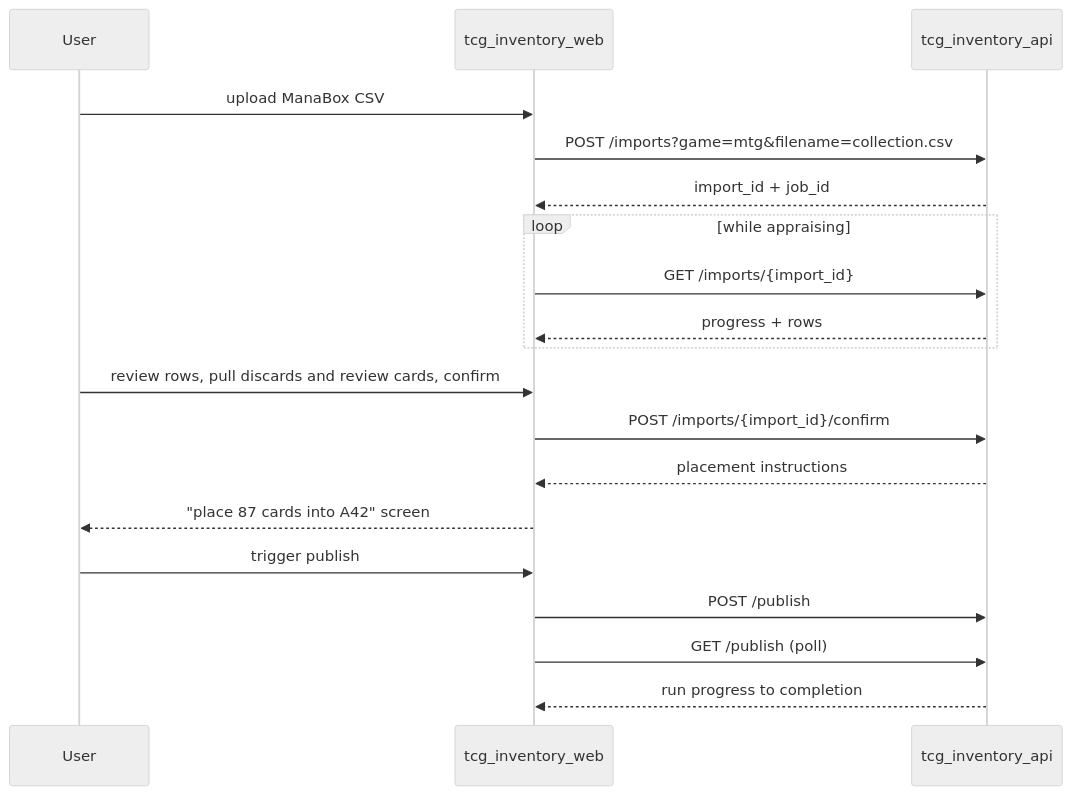
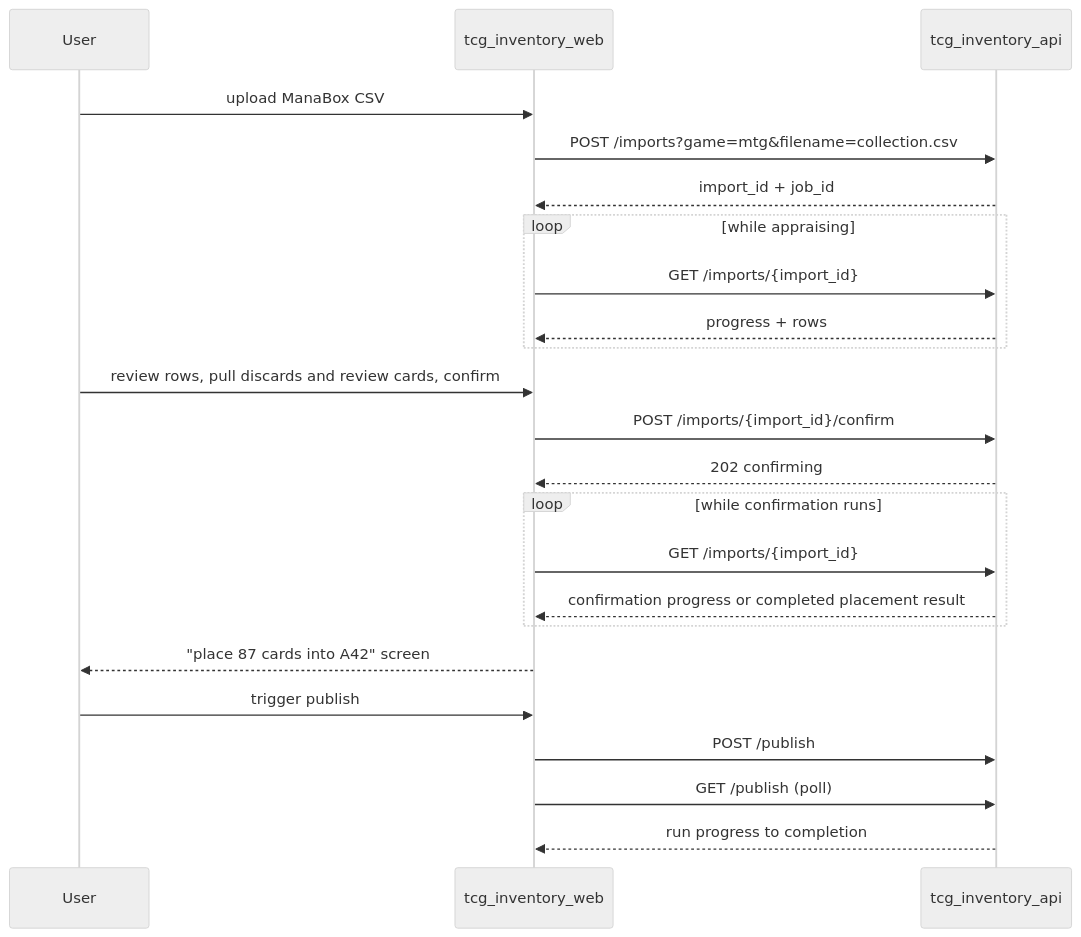
The second of 3 diagrams in tcg_inventory_web/README.md (jordansimsmith/jordansimsmith-com), drawn with Mermaid (neutral theme) before and after one commit. The commit also changed other lines of this file and 42 other files, not shown here.

````diff
--- a/tcg_inventory_web/README.md
+++ b/tcg_inventory_web/README.md
@@ -73,22 +73,26 @@
 ```mermaid
 sequenceDiagram
   participant user as User
   participant web as tcg_inventory_web
   participant api as tcg_inventory_api
 
   user->>web: upload ManaBox CSV
   web->>api: POST /imports?game=mtg&filename=collection.csv
   api-->>web: import_id + job_id
   loop while appraising
     web->>api: GET /imports/{import_id}
     api-->>web: progress + rows
   end
   user->>web: review rows, pull discards and review cards, confirm
   web->>api: POST /imports/{import_id}/confirm
-  api-->>web: placement instructions
+  api-->>web: 202 confirming
+  loop while confirmation runs
+    web->>api: GET /imports/{import_id}
+    api-->>web: confirmation progress or completed placement result
+  end
   web-->>user: "place 87 cards into A42" screen
   user->>web: trigger publish
   web->>api: POST /publish
   web->>api: GET /publish (poll)
   api-->>web: run progress to completion
 ```
````
